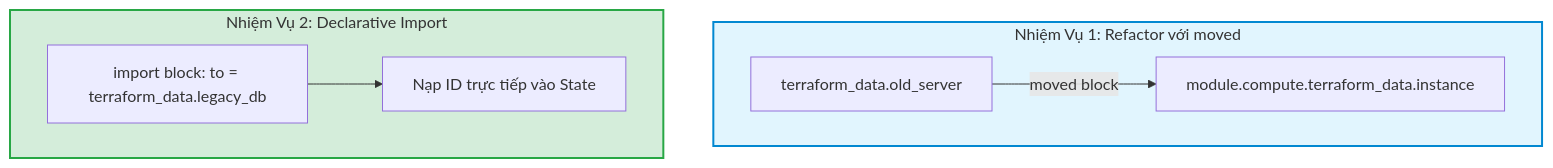
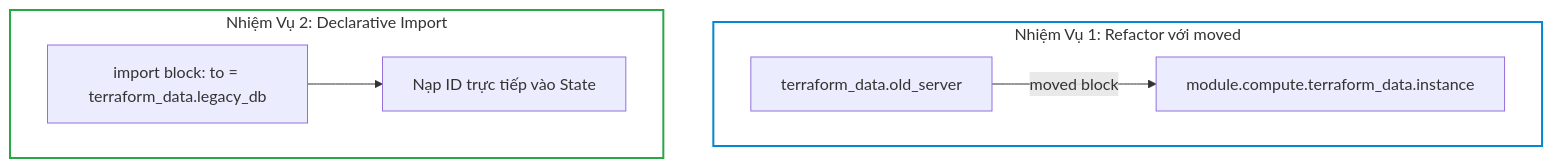
One commit to kiennt308/ntk changed the fourth of 5 diagrams in _posts/2026-09-13-terraform-24-24-tai-cau-truc-quy-mo-lon-khoi-moved-va-import-declarative.md. Above: the diagram before and after it, drawn with Mermaid. The commit also changed other lines of this file and 207 other files, not shown here.

Commit message:
feat(posts): batch standardize all 208 posts with TL;DR, qa-card accordion, fill:none mermaid, and liquid raw wrappers

````diff
--- a/_posts/2026-09-13-terraform-24-24-tai-cau-truc-quy-mo-lon-khoi-moved-va-import-declarative.md
+++ b/_posts/2026-09-13-terraform-24-24-tai-cau-truc-quy-mo-lon-khoi-moved-va-import-declarative.md
@@ -232,15 +236,15 @@
 ```mermaid
 graph TD
     subgraph Step1_Moved ["Nhiệm Vụ 1: Refactor với moved"]
         OLD_R["terraform_data.old_server"] -->|moved block| NEW_R["module.compute.terraform_data.instance"]
     end
 
     subgraph Step2_Import ["Nhiệm Vụ 2: Declarative Import"]
         IMP["import block: to = terraform_data.legacy_db"] --> STATE_SYNC["Nạp ID trực tiếp vào State"]
     end
 
-    style Step1_Moved fill:#e1f5fe,stroke:#0288d1,stroke-width:2px
-    style Step2_Import fill:#d4edda,stroke:#28a745,stroke-width:2px
+    style Step1_Moved fill:none,stroke:#0288d1,stroke-width:2px
+    style Step2_Import fill:none,stroke:#28a745,stroke-width:2px
 
 
 ```
````
